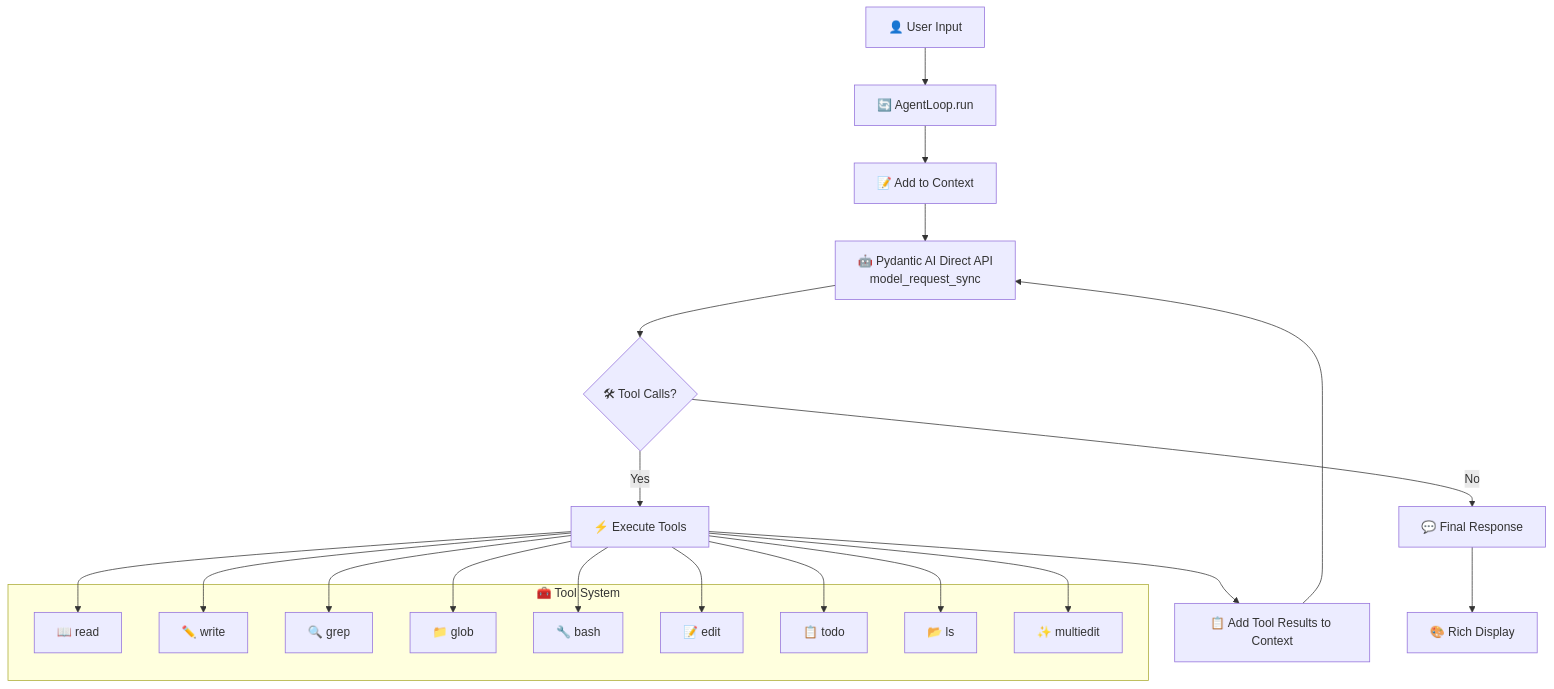
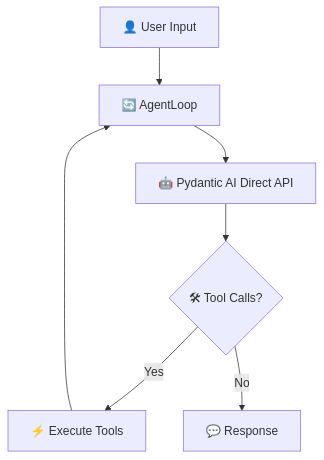
One commit to moustaphacheikh/codantic-ai changed the diagram in README.md. Above: the diagram before and after it, drawn with Mermaid. The commit also changed other lines of this file, not shown here.

````diff
--- a/README.md
+++ b/README.md
@@ -127,28 +61,9 @@
 ```mermaid
 graph TB
-    A[👤 User Input] --> B[🔄 AgentLoop.run]
-    B --> C[📝 Add to Context]
-    C --> D[🤖 Pydantic AI Direct API<br/>model_request_sync]
-    D --> E{🛠 Tool Calls?}
-    
-    E -->|Yes| F[⚡ Execute Tools]
-    F --> G[📋 Add Tool Results to Context]
-    G --> D
-    
-    E -->|No| H[💬 Final Response]
-    H --> I[🎨 Rich Display]
-    
-    subgraph "🧰 Tool System"
-        J[📖 read] 
-        K[✏️ write]
-        L[🔍 grep]
-        M[📁 glob]
-        N[🔧 bash]
-        O[📝 edit]
-        P[📋 todo]
-        Q[📂 ls]
-        R[✨ multiedit]
-    end
-    
-    F --> J & K & L & M & N & O & P & Q & R
+    A[👤 User Input] --> B[🔄 AgentLoop]
+    B --> C[🤖 Pydantic AI Direct API]
+    C --> D{🛠 Tool Calls?}
+    D -->|Yes| E[⚡ Execute Tools]
+    E --> B
+    D -->|No| F[💬 Response]
 ```
````
